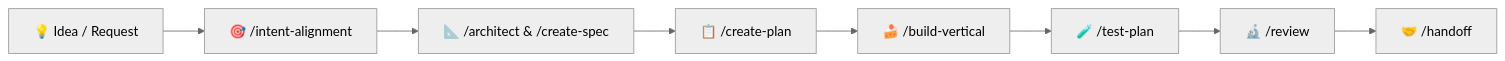
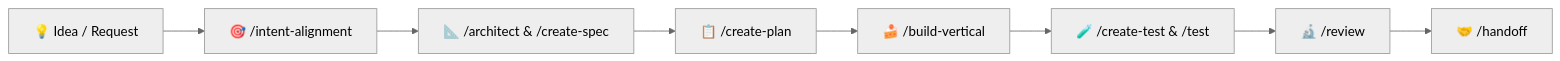
One commit to addy-47/ai-duct-tape changed the diagram in README.md. Above: the diagram before and after it, drawn with Mermaid (neutral theme). The commit also changed other lines of this file and 28 other files, not shown here.

Commit message:
refactor: standardize skill descriptions, remove idea-validator skill, and introduce create-test and test roles/skills.

````diff
--- a/README.md
+++ b/README.md
@@ -33,10 +33,10 @@
 ```mermaid
 flowchart LR
     A[💡 Idea / Request] --> B[🎯 /intent-alignment]
     B --> C[📐 /architect & /create-spec]
     C --> D[📋 /create-plan]
     D --> E[🍰 /build-vertical]
-    E --> F[🧪 /test-plan]
+    E --> F[🧪 /create-test & /test]
     F --> G[🔬 /review]
     G --> H[🤝 /handoff]
 ```
````
